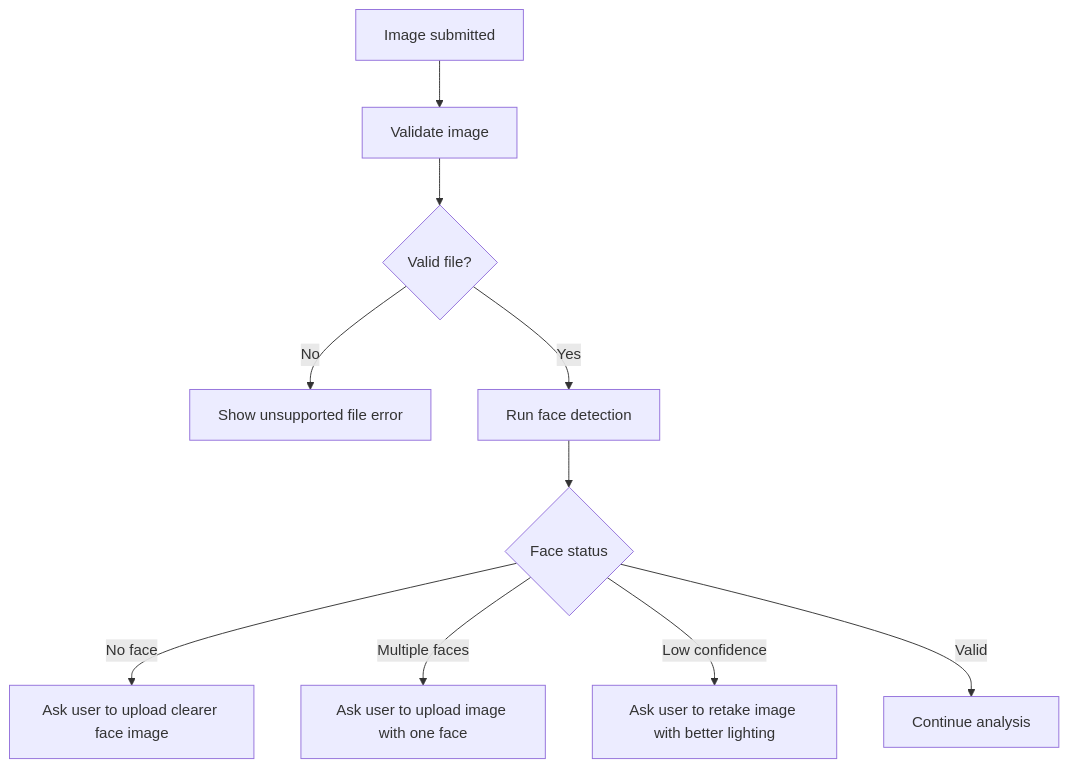
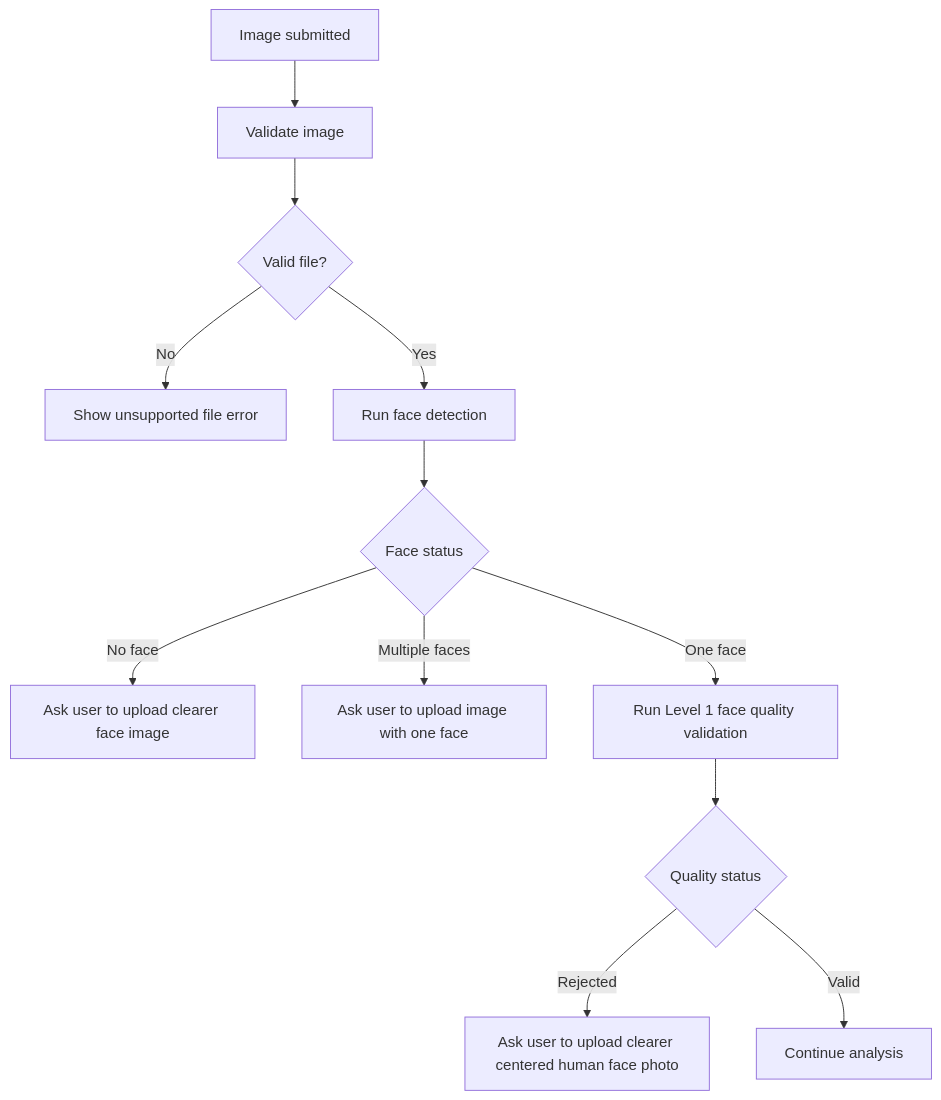
Before and after one commit to alzamzann/skin-analyzer-web-app: the second of 6 diagrams in PRDv2.md, drawn with Mermaid. The commit also changed other lines of this file and 4 other files, not shown here.

Commit message:
Add level one face quality validation

````diff
--- a/PRDv2.md
+++ b/PRDv2.md
@@ -331,12 +345,14 @@
 ```mermaid
 flowchart TD
     A[Image submitted] --> B[Validate image]
     B --> C{Valid file?}
     C -- No --> D[Show unsupported file error]
     C -- Yes --> E[Run face detection]
     E --> F{Face status}
     F -- No face --> G[Ask user to upload clearer face image]
     F -- Multiple faces --> H[Ask user to upload image with one face]
-    F -- Low confidence --> I[Ask user to retake image with better lighting]
-    F -- Valid --> J[Continue analysis]
+    F -- One face --> I[Run Level 1 face quality validation]
+    I --> J{Quality status}
+    J -- Rejected --> K[Ask user to upload clearer centered human face photo]
+    J -- Valid --> L[Continue analysis]
 ```
````
